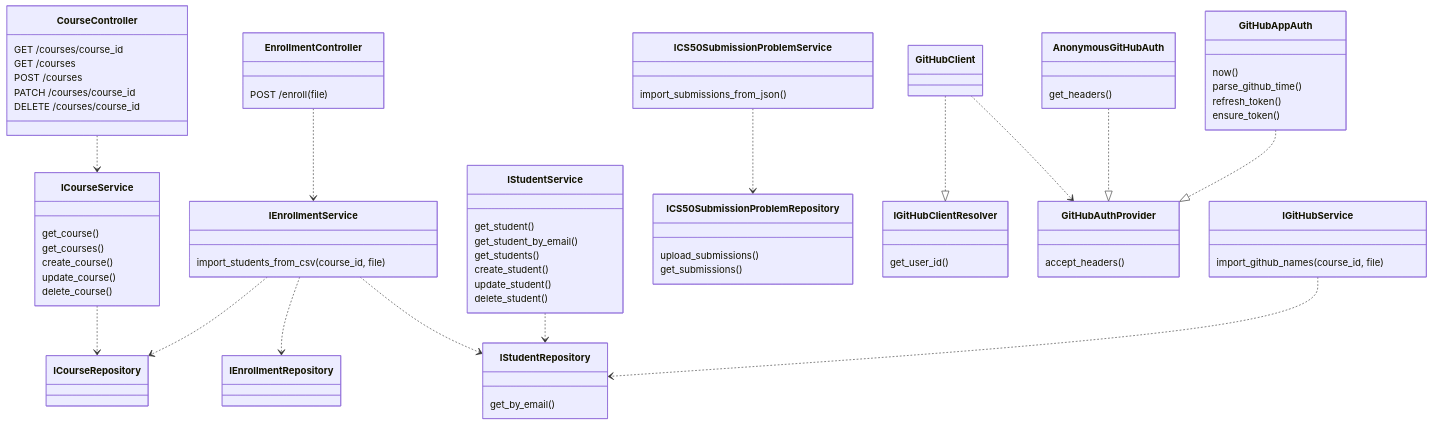
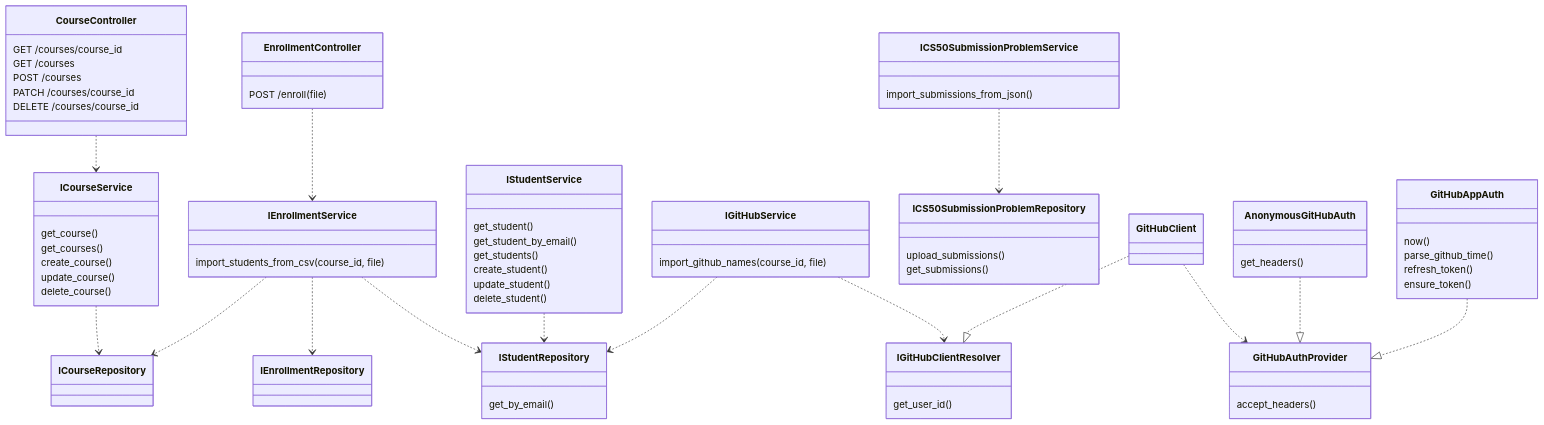
Before and after one commit to LeoKle/cs50-moodle-bridge: the diagram in docs/application.mmd, drawn with Mermaid.

Commit message:
fix(application diagram): add dependency from IGitHubService to IGitHubClientResolver

```diff
--- a/docs/application.mmd
+++ b/docs/application.mmd
@@ -1,119 +1,120 @@
 classDiagram
     class CourseController {
         GET /courses/course_id
         GET /courses
         POST /courses
         PATCH /courses/course_id
         DELETE /courses/course_id
     }
     class ICourseService {
         get_course()
         get_courses()
         create_course()
         update_course()
         delete_course()
     }
     class ICourseRepository {
         %% create()
         %% get()
         %% get_all()
         %% update()
         %% delete()
     }
     CourseController ..> ICourseService
     ICourseService ..> ICourseRepository
 
     
     class EnrollmentController {
         POST /enroll(file)
     }
     EnrollmentController ..> IEnrollmentService
     class IEnrollmentService {
         import_students_from_csv(course_id, file)
     }
     class IEnrollmentRepository {
         %% create()
         %% get()
         %% get_all()
         %% update()
         %% delete()
     }
     IEnrollmentService ..> IEnrollmentRepository
     IEnrollmentService ..> IStudentRepository
     IEnrollmentService ..> ICourseRepository
 
     %% class StudentController
     %% StudentController ..> IStudentService
     class IStudentService {
         get_student()
         get_student_by_email()
         get_students()
         create_student()
         update_student()
         delete_student()
     }
     class IStudentRepository {
         %% create()
         %% get()
         get_by_email()
         %% get_all()
         %% update()
         %% delete()
     }
     IStudentService ..> IStudentRepository
 
+    class IGitHubService {
+        import_github_names(course_id, file)
+    }
+    IGitHubService ..> IStudentRepository
+    IGitHubService ..> IGitHubClientResolver
+
     class ICS50SubmissionProblemRepository {
         upload_submissions()
         get_submissions()
     }
 
     class ICS50SubmissionProblemService {
         import_submissions_from_json()
     }
     ICS50SubmissionProblemService ..> ICS50SubmissionProblemRepository
 
     class IGitHubClientResolver {
         get_user_id()
     }
 
     class GitHubClient {
         %% get_user_id()
     }
     GitHubClient ..|> IGitHubClientResolver
     GitHubClient ..> GitHubAuthProvider
 
     class GitHubAuthProvider {
         accept_headers()
         %% get_headers()
     }
     class AnonymousGitHubAuth {
         get_headers()
     }
     AnonymousGitHubAuth ..|> GitHubAuthProvider
     class GitHubAppAuth {
         now()
         parse_github_time()
         refresh_token()
         ensure_token()
         %% get_headers()
     }
     GitHubAppAuth ..|> GitHubAuthProvider
 
     %% class IRepository {
     %%     create()
     %%     get()
     %%     get_all()
     %%     update()
     %%     delete()
     %% }
     %% IRepository <|.. ICourseRepository
     %% IRepository <|.. IEnrollmentRepository
     %% IRepository <|.. IStudentRepository
     %% class IStudentRepository
     %% IStudentService ..> IStudentRepository
     %% StudentController ..> IStudentService
-
-    class IGitHubService {
-        import_github_names(course_id, file)
-    }
-    IGitHubService ..> IStudentRepository
```
